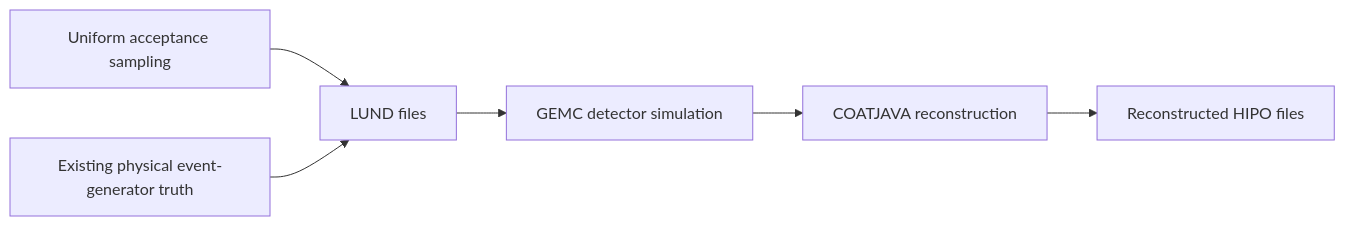
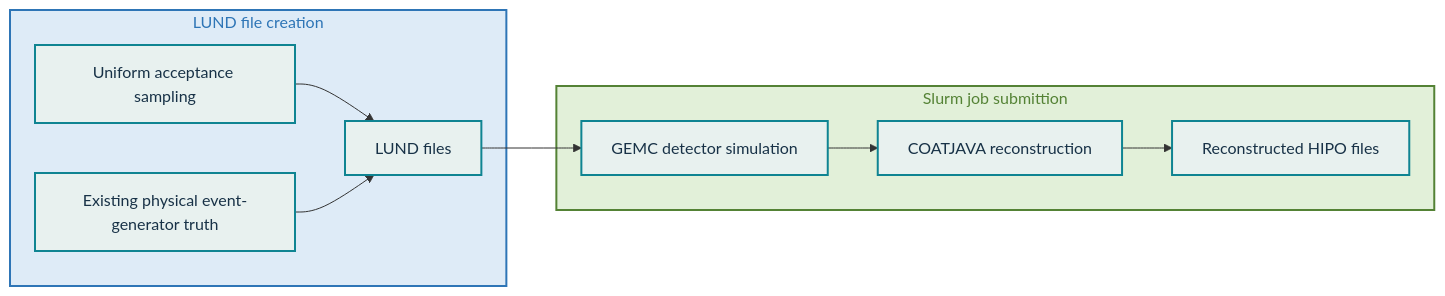
One commit to alons126/CLAS12-sample-generator changed the diagram in docs/index.md. Above: the diagram before and after it, drawn with Mermaid. The commit also changed other lines of this file, not shown here.

Commit message:
Refactor flowchart in documentation to improve clarity and organization of LUND file creation and submission processes

````diff
--- a/docs/index.md
+++ b/docs/index.md
@@ -13,13 +13,19 @@
 ```mermaid
 flowchart LR
-    U["Uniform acceptance sampling"] --> L["LUND files"]
-    P["Existing physical event-generator truth"] --> L
-    L --> G["GEMC detector simulation"]
-    G --> R["COATJAVA reconstruction"]
-    R --> H["Reconstructed HIPO files"]
+    subgraph CREATION["LUND file creation"]
+        U["Uniform acceptance sampling"] --> L["LUND files"]
+        P["Existing physical event-generator truth"] --> L
+    end
+    subgraph SUBMISSION["Slurm job submittion"]
+        L --> G["GEMC detector simulation"]
+        G --> R["COATJAVA reconstruction"]
+        R --> H["Reconstructed HIPO files"]
+    end
 
-    classDef decision fill:#183247,color:#ffffff,stroke:#183247,stroke-width:2px;
+    classDef creation fill:#DEEBF7,color:#2E75B6,stroke:#2E75B6,stroke-width:2px;
+    class CREATION creation;
+    classDef submission fill:#E2F0D9,color:#548235,stroke:#548235,stroke-width:2px;
+    class SUBMISSION submission;
     classDef stage fill:#e8f1ef,color:#183247,stroke:#0f8492,stroke-width:2px;
-    class EXECUTE decision;
-    class INPUTS,ENTRY,VALIDATE,PREVIEW,SUBMIT,GEMC,RECON stage;
+    class U,P,L,G,R,H stage;
 ```
````
